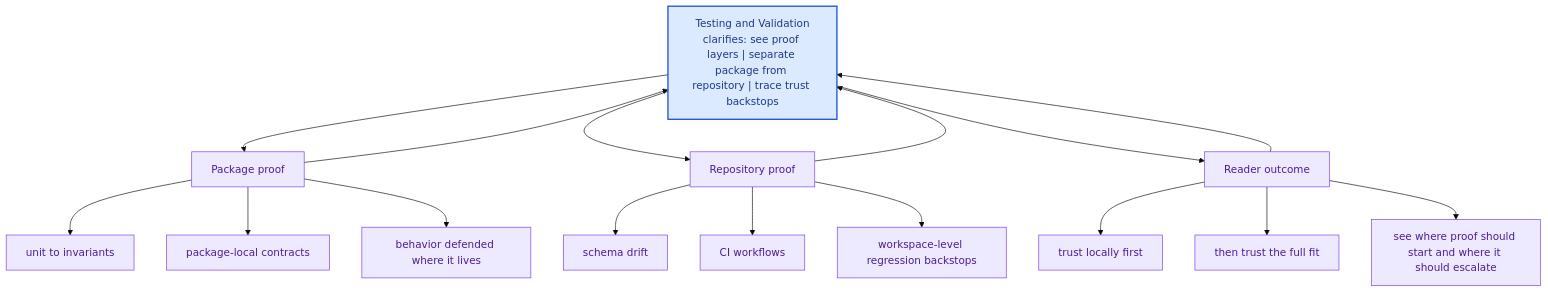
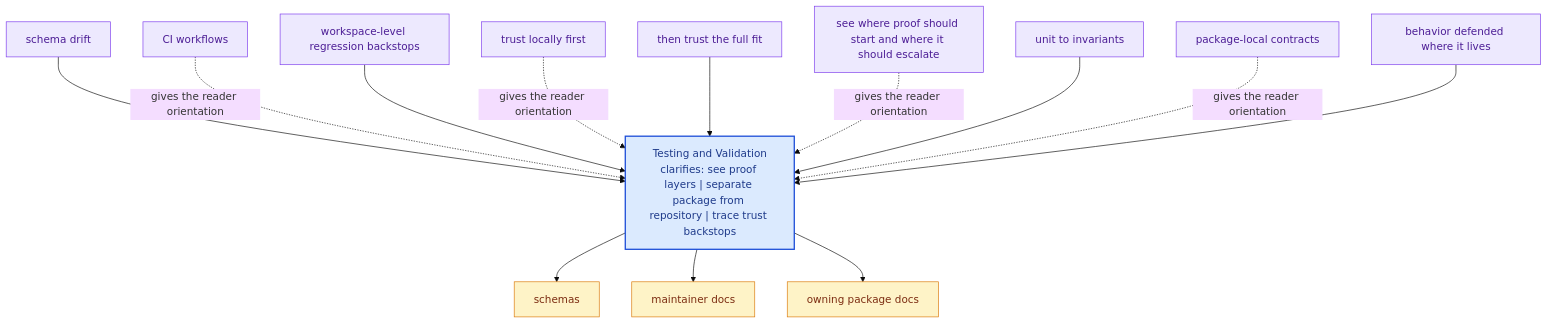
Before and after one commit to bijux/bijux-canon: the diagram in docs/bijux-canon/testing-and-validation.md, drawn with Mermaid (base theme). The commit also changed other lines of this file and 281 other files, not shown here.

Commit message:
docs(diagrams): replace repeated mermaid scaffolds with page-specific summaries

````diff
--- a/docs/bijux-canon/testing-and-validation.md
+++ b/docs/bijux-canon/testing-and-validation.md
@@ -73,42 +28,36 @@
 ```mermaid
 flowchart TB
-    promise["Testing and Validation<br/>clarifies: see proof layers | separate package from repository | trace trust backstops"]
-    classDef promise fill:#dbeafe,stroke:#1d4ed8,color:#1e3a8a,stroke-width:2px;
-    classDef driver fill:#dcfce7,stroke:#16a34a,color:#14532d;
-    classDef constraint fill:#fee2e2,stroke:#dc2626,color:#7f1d1d;
-    classDef ground fill:#ede9fe,stroke:#7c3aed,color:#4c1d95;
-    focus1["Package proof"]
-    focus1 --> promise
-    promise --> focus1
-    focus1_1["unit to invariants"]
-    focus1 --> focus1_1
-    focus1_2["package-local contracts"]
-    focus1 --> focus1_2
-    focus1_3["behavior defended where it lives"]
-    focus1 --> focus1_3
-    class focus1 ground;
-    class focus1_1,focus1_2,focus1_3 ground;
-    focus2["Repository proof"]
-    focus2 --> promise
-    promise --> focus2
-    focus2_1["schema drift"]
-    focus2 --> focus2_1
-    focus2_2["CI workflows"]
-    focus2 --> focus2_2
-    focus2_3["workspace-level regression backstops"]
-    focus2 --> focus2_3
-    class focus2 ground;
-    class focus2_1,focus2_2,focus2_3 ground;
-    focus3["Reader outcome"]
-    focus3 --> promise
-    promise --> focus3
-    focus3_1["trust locally first"]
-    focus3 --> focus3_1
-    focus3_2["then trust the full fit"]
-    focus3 --> focus3_2
-    focus3_3["see where proof should start and where it should escalate"]
-    focus3 --> focus3_3
-    class focus3 ground;
-    class focus3_1,focus3_2,focus3_3 ground;
-    class promise promise;
+    page["Testing and Validation<br/>clarifies: see proof layers | separate package from repository | trace trust backstops"]
+    classDef page fill:#dbeafe,stroke:#1d4ed8,color:#1e3a8a,stroke-width:2px;
+    classDef positive fill:#dcfce7,stroke:#16a34a,color:#14532d;
+    classDef caution fill:#fee2e2,stroke:#dc2626,color:#7f1d1d;
+    classDef anchor fill:#ede9fe,stroke:#7c3aed,color:#4c1d95;
+    classDef action fill:#fef3c7,stroke:#d97706,color:#7c2d12;
+    detail1["schema drift"]
+    detail1 --> page
+    detail2["CI workflows"]
+    detail2 -.gives the reader orientation.-> page
+    detail3["workspace-level regression backstops"]
+    detail3 --> page
+    detail4["trust locally first"]
+    detail4 -.gives the reader orientation.-> page
+    detail5["then trust the full fit"]
+    detail5 --> page
+    detail6["see where proof should start and where it should escalate"]
+    detail6 -.gives the reader orientation.-> page
+    detail7["unit to invariants"]
+    detail7 --> page
+    detail8["package-local contracts"]
+    detail8 -.gives the reader orientation.-> page
+    detail9["behavior defended where it lives"]
+    detail9 --> page
+    next1["schemas"]
+    page --> next1
+    next2["maintainer docs"]
+    page --> next2
+    next3["owning package docs"]
+    page --> next3
+    class page page;
+    class detail1,detail2,detail3,detail4,detail5,detail6,detail7,detail8,detail9 anchor;
+    class next1,next2,next3 action;
 ```
````
